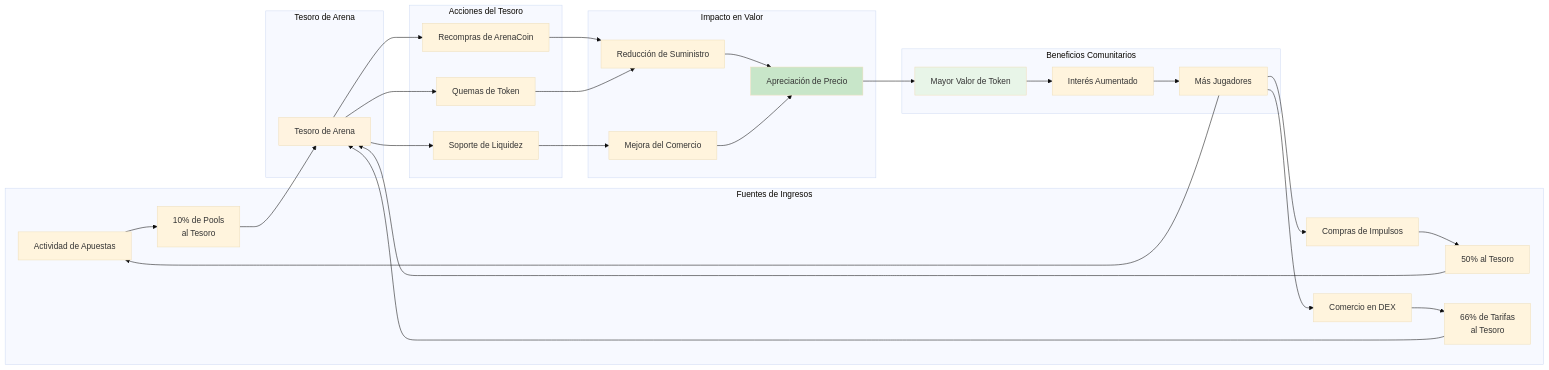
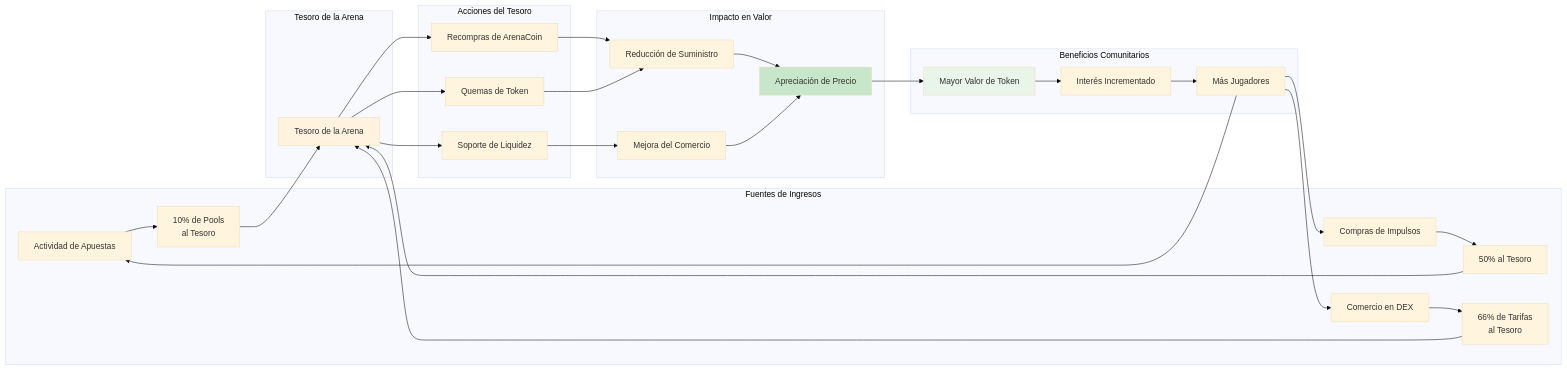
One commit to b3-fun/b3 changed the second of 2 diagrams in docs/es/hypeduel/arenacoins.mdx. Above: the diagram before and after it, drawn with Mermaid (base theme). The commit also changed other lines of this file and 113 other files, not shown here.

````diff
--- a/docs/es/hypeduel/arenacoins.mdx
+++ b/docs/es/hypeduel/arenacoins.mdx
@@ -161,41 +163,41 @@
 ```mermaid
 graph LR
     subgraph "Fuentes de Ingresos"
         A[Actividad de Apuestas] --> B[10% de Pools<br/>al Tesoro]
         C[Compras de Impulsos] --> D[50% al Tesoro]
         E[Comercio en DEX] --> F[66% de Tarifas<br/>al Tesoro]
     end
 
-    subgraph "Tesoro de Arena"
-        B --> T[Tesoro de Arena]
+    subgraph "Tesoro de la Arena"
+        B --> T[Tesoro de la Arena]
         D --> T
         F --> T
     end
 
     subgraph "Acciones del Tesoro"
         T --> G[Recompras de ArenaCoin]
         T --> H[Quemas de Token]
         T --> I[Soporte de Liquidez]
     end
 
     subgraph "Impacto en Valor"
         G --> J[Reducción de Suministro]
         H --> J
         I --> K[Mejora del Comercio]
         J --> L[Apreciación de Precio]
         K --> L
     end
 
     subgraph "Beneficios Comunitarios"
         L --> M[Mayor Valor de Token]
-        M --> N[Interés Aumentado]
+        M --> N[Interés Incrementado]
         N --> O[Más Jugadores]
         O --> A
         O --> C
         O --> E
     end
 
     style T fill:#fff3e0
     style L fill:#c8e6c9
     style M fill:#e8f5e8
 ```
````
